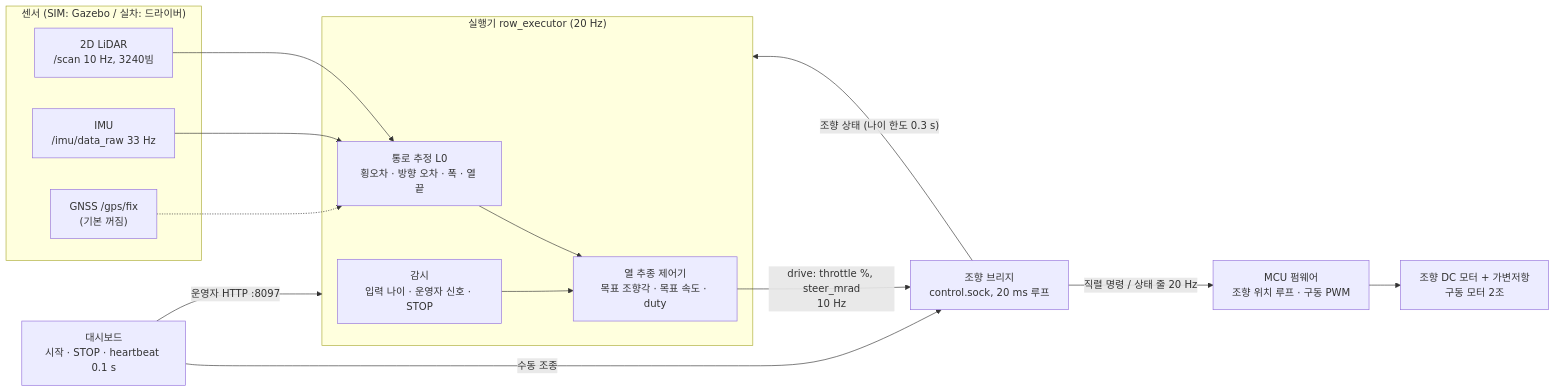
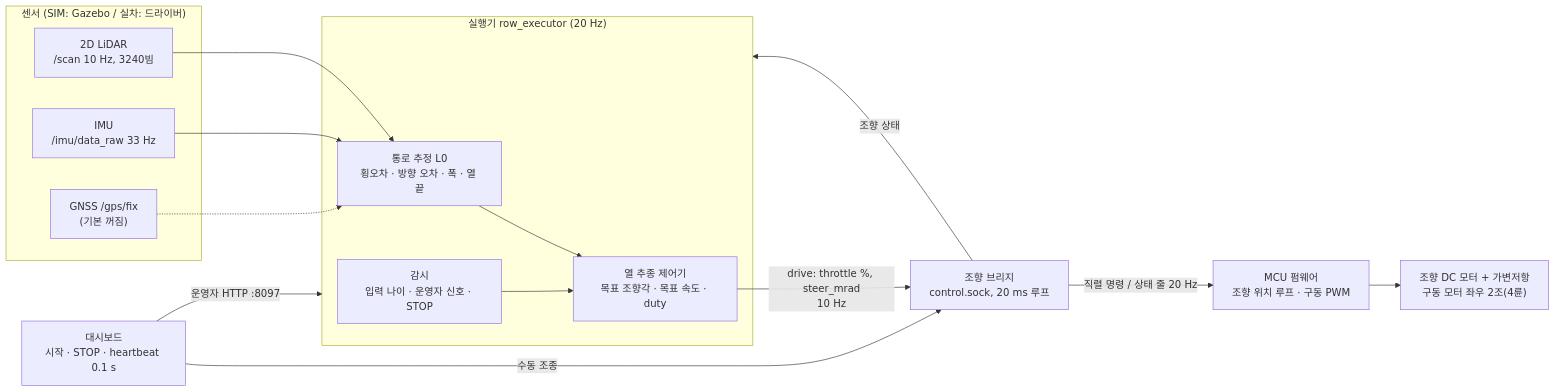
Before and after one commit to 2026-BTS-UNI-Car/unist_orchard_simulation: the diagram in README.md, drawn with Mermaid. The commit also changed other lines of this file and 5 other files, not shown here.

````diff
--- a/README.md
+++ b/README.md
@@ -49,28 +46,28 @@
 ```mermaid
 flowchart LR
   subgraph SENS["센서 (SIM: Gazebo / 실차: 드라이버)"]
     LI["2D LiDAR<br/>/scan 10 Hz, 3240빔"]
     IM["IMU<br/>/imu/data_raw 33 Hz"]
     GN["GNSS /gps/fix<br/>(기본 꺼짐)"]
   end
   subgraph EXE["실행기 row_executor (20 Hz)"]
     EST["통로 추정 L0<br/>횡오차 · 방향 오차 · 폭 · 열 끝"]
     CTL["열 추종 제어기<br/>목표 조향각 · 목표 속도 · duty"]
     SAFE["감시<br/>입력 나이 · 운영자 신호 · STOP"]
   end
   BR["조향 브리지<br/>control.sock, 20 ms 루프"]
   MCU["MCU 펌웨어<br/>조향 위치 루프 · 구동 PWM"]
-  ACT["조향 DC 모터 + 가변저항<br/>구동 모터 2조"]
+  ACT["조향 DC 모터 + 가변저항<br/>구동 모터 좌우 2조(4륜)"]
   DB["대시보드<br/>시작 · STOP · heartbeat 0.1 s"]
   LI --> EST
   IM --> EST
   GN -.-> EST
   EST --> CTL
   SAFE --> CTL
   CTL -->|"drive: throttle %, steer_mrad<br/>10 Hz"| BR
   BR -->|"직렬 명령 / 상태 줄 20 Hz"| MCU
   MCU --> ACT
-  BR -->|"조향 상태 (나이 한도 0.3 s)"| EXE
+  BR -->|"조향 상태"| EXE
   DB -->|"운영자 HTTP :8097"| EXE
   DB -->|"수동 조종"| BR
 ```
````
